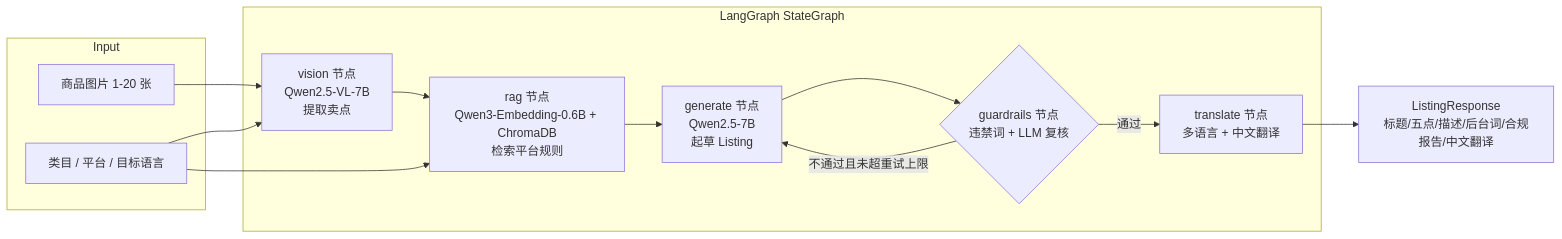
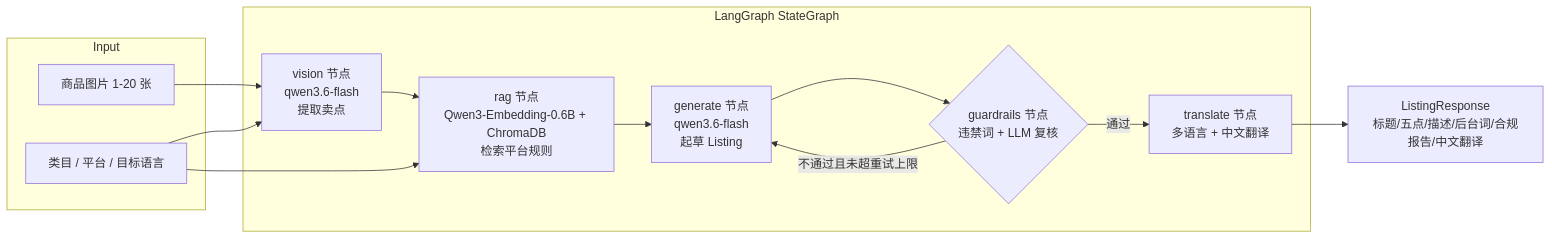
Before and after one commit to KDHR9100/CrossLister: the diagram in README.md, drawn with Mermaid. The commit also changed other lines of this file and 2 other files, not shown here.

First line of the commit message:
docs: 统一模型配置为实际部署的 qwen3.6-flash

````diff
--- a/README.md
+++ b/README.md
@@ -33,25 +33,25 @@
 ```mermaid
 flowchart LR
     subgraph Input
         IMG[商品图片 1-20 张]
         META[类目 / 平台 / 目标语言]
     end
 
     subgraph Graph[LangGraph StateGraph]
-        V[vision 节点<br/>Qwen2.5-VL-7B<br/>提取卖点]
+        V[vision 节点<br/>qwen3.6-flash<br/>提取卖点]
         R[rag 节点<br/>Qwen3-Embedding-0.6B + ChromaDB<br/>检索平台规则]
-        G[generate 节点<br/>Qwen2.5-7B<br/>起草 Listing]
+        G[generate 节点<br/>qwen3.6-flash<br/>起草 Listing]
         C{guardrails 节点<br/>违禁词 + LLM 复核}
         T[translate 节点<br/>多语言 + 中文翻译]
     end
 
     IMG --> V
     META --> V
     V --> R
     META --> R
     R --> G
     G --> C
     C -- 不通过且未超重试上限 --> G
     C -- 通过 --> T
     T --> OUT[ListingResponse<br/>标题/五点/描述/后台词/合规报告/中文翻译]
 ```
````
